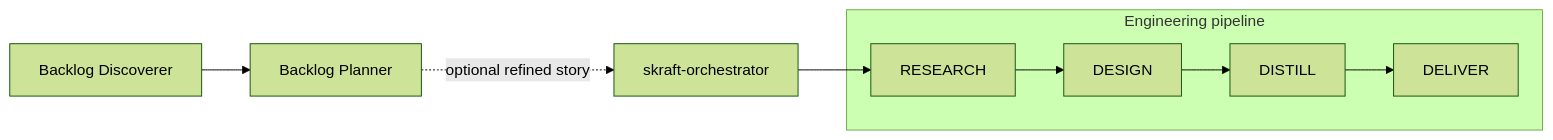
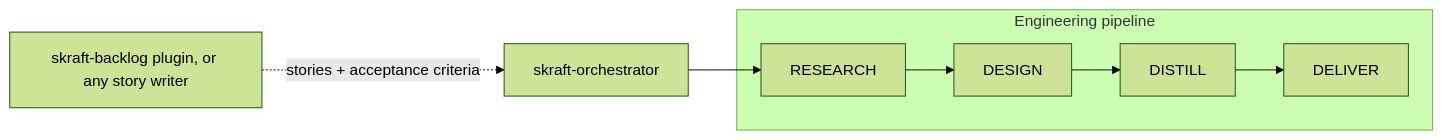
The diagram in plugins/skraft-framework/README.md (SebastienDegodez/skraft-plugin), drawn with Mermaid (forest theme) before and after one commit. The commit also changed other lines of this file and 128 other files, not shown here.

````diff
--- a/plugins/skraft-framework/README.md
+++ b/plugins/skraft-framework/README.md
@@ -59,13 +58,12 @@
 ```mermaid
 flowchart LR
-    D[Backlog Discoverer] --> P[Backlog Planner]
-    P -. optional refined story .-> O[skraft-orchestrator]
+    P[skraft-backlog plugin, or any story writer] -. stories + acceptance criteria .-> O[skraft-orchestrator]
 
     subgraph Engineering pipeline
         R[RESEARCH] --> A[DESIGN]
         A --> T[DISTILL]
         T --> I[DELIVER]
     end
 
     O --> R
 ```
````
